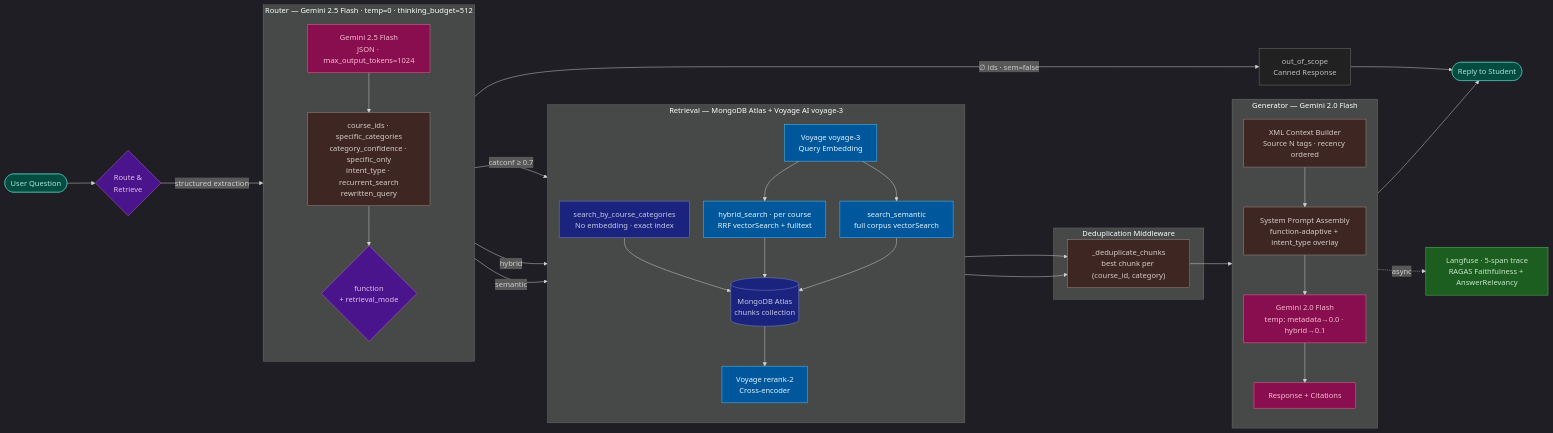
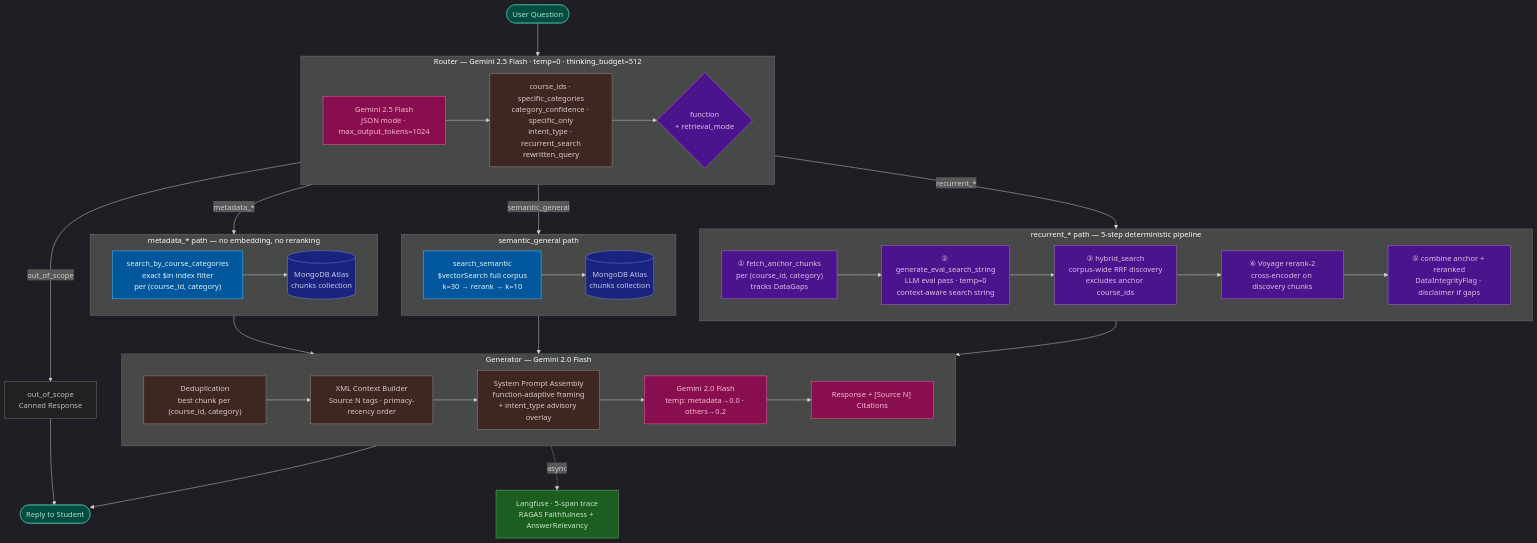
Before and after one commit to zelunliu/tamubot: the third of 3 diagrams in README.md, drawn with Mermaid. The commit also changed other lines of this file and 23 other files, not shown here.

````diff
--- a/README.md
+++ b/README.md
@@ -75,73 +223,80 @@
 ```mermaid
-%%{init: {'theme': 'dark', 'flowchart': {'nodeSpacing': 30, 'rankSpacing': 60}}}%%
-flowchart LR
-    Q([User Question]) --> INVOKE{Route &\nRetrieve}
+%%{init: {'theme': 'dark', 'flowchart': {'nodeSpacing': 50, 'rankSpacing': 70}}}%%
+flowchart TD
+    Q(["User Question"])
 
     subgraph ROUTER["Router — Gemini 2.5 Flash · temp=0 · thinking_budget=512"]
-        direction TB
-        LLM["Gemini 2.5 Flash<br/>JSON · max_output_tokens=1024"]
+        direction LR
+        LLM["Gemini 2.5 Flash<br/>JSON mode · max_output_tokens=1024"]
         VARS["course_ids · specific_categories<br/>category_confidence · specific_only<br/>intent_type · recurrent_search<br/>rewritten_query"]
-        FN{"function\n+ retrieval_mode"}
+        FN{"function<br/>+ retrieval_mode"}
         LLM --> VARS --> FN
     end
 
-    subgraph RETRIEVAL["Retrieval — MongoDB Atlas + Voyage AI voyage-3"]
-        direction TB
-        META["search_by_course_categories<br/>No embedding · exact index"]
-        EMB[Voyage voyage-3\nQuery Embedding]
-        HYB["hybrid_search · per course<br/>RRF vectorSearch + fulltext"]
-        SEM["search_semantic<br/>full corpus vectorSearch"]
-        CHUNK[(MongoDB Atlas\nchunks collection)]
-        RRK[Voyage rerank-2\nCross-encoder]
-        META --> CHUNK
-        EMB --> HYB --> CHUNK
-        EMB --> SEM --> CHUNK
-        CHUNK --> RRK
+    subgraph META_PATH["metadata_* path — no embedding, no reranking"]
+        direction LR
+        METAF["search_by_course_categories<br/>exact $in index filter<br/>per (course_id, category)"]
+        METAC[("MongoDB Atlas<br/>chunks collection")]
+        METAF --> METAC
     end
 
-    subgraph DEDUP_SUB["Deduplication Middleware"]
-        DEDUP["_deduplicate_chunks<br/>best chunk per (course_id, category)"]
+    subgraph REC_PATH["recurrent_* path — 5-step deterministic pipeline"]
+        direction LR
+        R1["① fetch_anchor_chunks<br/>per (course_id, category)<br/>tracks DataGaps"]
+        R2["② generate_eval_search_string<br/>LLM eval pass · temp=0<br/>context-aware search string"]
+        R3["③ hybrid_search<br/>corpus-wide RRF discovery<br/>excludes anchor course_ids"]
+        R4["④ Voyage rerank-2<br/>cross-encoder on discovery chunks"]
+        R5["⑤ combine anchor + reranked<br/>DataIntegrityFlag · disclaimer if gaps"]
+        R1 --> R2 --> R3 --> R4 --> R5
+    end
+
+    subgraph SEM_PATH["semantic_general path"]
+        direction LR
+        SEMF["search_semantic<br/>$vectorSearch full corpus<br/>k=30 → rerank → k=10"]
+        SEMC[("MongoDB Atlas<br/>chunks collection")]
+        SEMF --> SEMC
     end
 
     subgraph GENERATOR["Generator — Gemini 2.0 Flash"]
-        direction TB
-        CTX["XML Context Builder<br/>Source N tags · recency ordered"]
-        PROMPT["System Prompt Assembly<br/>function-adaptive + intent_type overlay"]
-        GEN["Gemini 2.0 Flash<br/>temp: metadata→0.0 · hybrid→0.1"]
-        ANS[Response + Citations]
-        CTX --> PROMPT --> GEN --> ANS
+        direction LR
+        DDP["Deduplication<br/>best chunk per (course_id, category)"]
+        CTX["XML Context Builder<br/>Source N tags · primacy-recency order"]
+        SYS["System Prompt Assembly<br/>function-adaptive framing<br/>+ intent_type advisory overlay"]
+        GEN["Gemini 2.0 Flash<br/>temp: metadata→0.0 · others→0.2"]
+        ANS["Response + [Source N] Citations"]
+        DDP --> CTX --> SYS --> GEN --> ANS
     end
 
-    OOS[out_of_scope\nCanned Response]
-    REPLY([Reply to Student])
+    OOS["out_of_scope<br/>Canned Response"]
+    REPLY(["Reply to Student"])
     TRACE["Langfuse · 5-span trace<br/>RAGAS Faithfulness + AnswerRelevancy"]
 
-    INVOKE -->|structured extraction| ROUTER
-    FN -->|"∅ ids · sem=false"| OOS --> REPLY
-    FN -->|"catconf ≥ 0.7"| META
-    FN -->|hybrid| EMB
-    FN -->|semantic| EMB
-    META --> DEDUP
-    RRK --> DEDUP
-    DEDUP --> CTX
+    Q --> ROUTER
+    FN -->|"metadata_*"| META_PATH
+    FN -->|"recurrent_*"| REC_PATH
+    FN -->|"semantic_general"| SEM_PATH
+    FN -->|"out_of_scope"| OOS --> REPLY
+    META_PATH --> DDP
+    R5 --> DDP
+    SEM_PATH --> DDP
     ANS --> REPLY
     ANS -.->|async| TRACE
 
     classDef input    fill:#004D40,stroke:#4DB6AC,color:#B2DFDB
     classDef router   fill:#880E4F,stroke:#F06292,color:#F8BBD0
-    classDef vars     fill:#3E2723,stroke:#A1887F,color:#D7CCC8
     classDef derive   fill:#4A148C,stroke:#BA68C8,color:#E1BEE7
     classDef canned   fill:#212121,stroke:#757575,color:#BDBDBD
     classDef voyage   fill:#01579B,stroke:#4FC3F7,color:#E1F5FE
     classDef mongo    fill:#1A237E,stroke:#7986CB,color:#C5CAE9
+    classDef mid      fill:#3E2723,stroke:#A1887F,color:#D7CCC8
     classDef obs      fill:#1B5E20,stroke:#66BB6A,color:#C8E6C9
 
     class Q,REPLY input
     class LLM,GEN,ANS router
-    class VARS,CTX,PROMPT,DEDUP vars
-    class FN,INVOKE derive
+    class VARS,CTX,SYS,DDP mid
+    class FN,R1,R2,R3,R4,R5 derive
     class OOS canned
-    class EMB,HYB,SEM,RRK voyage
-    class META,CHUNK mongo
+    class SEMF,METAF voyage
+    class METAC,SEMC mongo
     class TRACE obs
 ```
````
